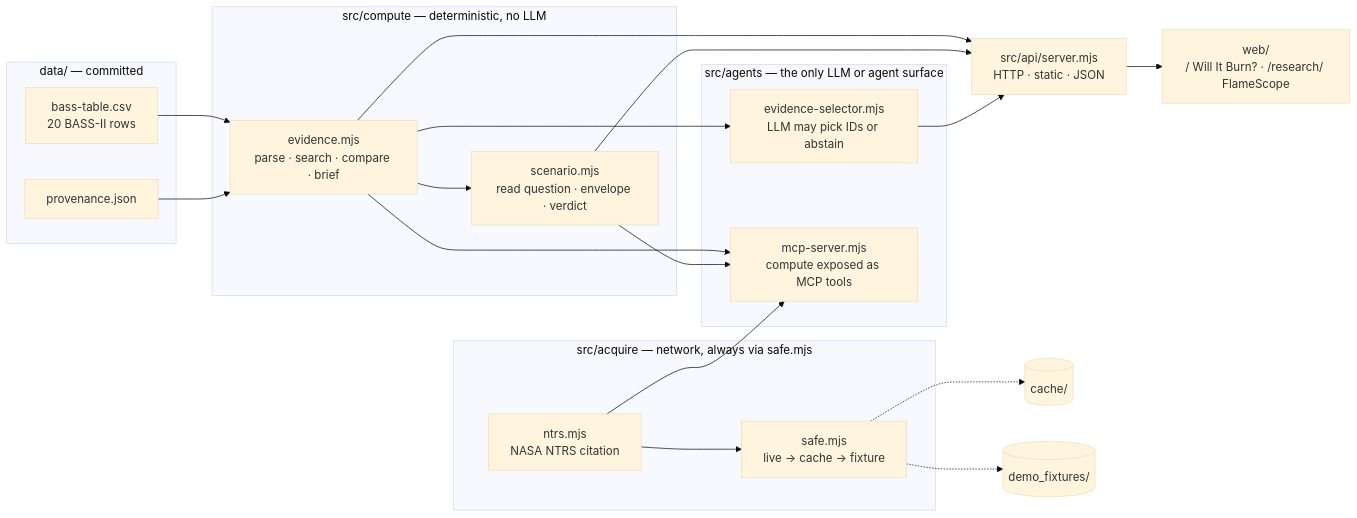
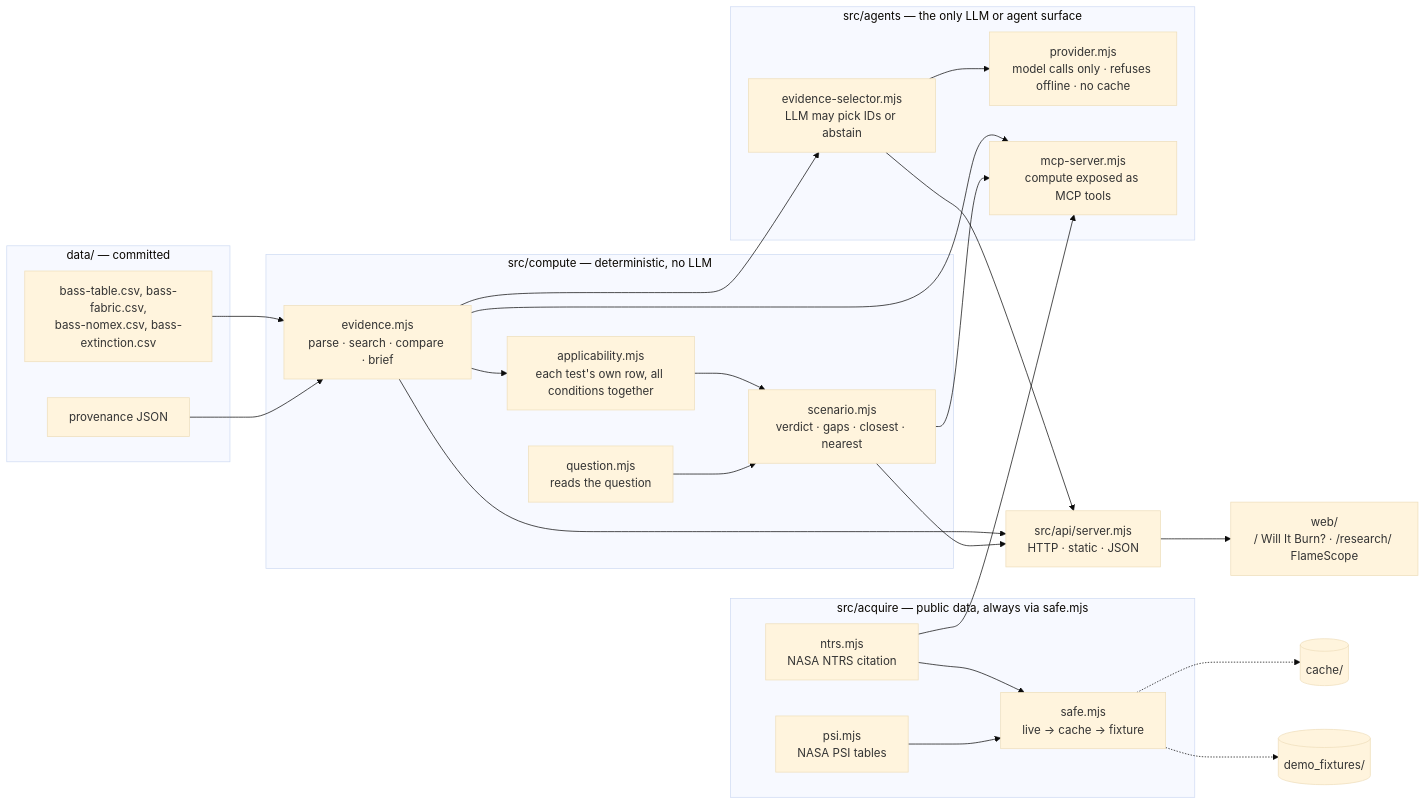
Before and after one commit to ShuvroShimuL/FlameScope: the diagram in docs/planning/architecture.md, drawn with Mermaid (base theme). The commit also changed other lines of this file and 41 other files, not shown here.

````diff
--- a/docs/planning/architecture.md
+++ b/docs/planning/architecture.md
@@ -5,35 +5,42 @@
 ```mermaid
 flowchart LR
-  subgraph acquire["src/acquire — network, always via safe.mjs"]
+  subgraph acquire["src/acquire — public data, always via safe.mjs"]
     SAFE["safe.mjs<br/>live → cache → fixture"]
     NTRS["ntrs.mjs<br/>NASA NTRS citation"]
+    PSI["psi.mjs<br/>NASA PSI tables"]
   end
   subgraph data["data/ — committed"]
-    CSV["bass-table.csv<br/>20 BASS-II rows"]
-    PROV["provenance.json"]
+    CSV["bass-table.csv, bass-fabric.csv,<br/>bass-nomex.csv, bass-extinction.csv"]
+    PROV["provenance JSON"]
   end
   subgraph compute["src/compute — deterministic, no LLM"]
     EV["evidence.mjs<br/>parse · search · compare · brief"]
-    SC["scenario.mjs<br/>read question · envelope · verdict"]
+    Q["question.mjs<br/>reads the question"]
+    APL["applicability.mjs<br/>each test's own row, all conditions together"]
+    SC["scenario.mjs<br/>verdict · gaps · closest · nearest"]
   end
   subgraph agents["src/agents — the only LLM or agent surface"]
     SEL["evidence-selector.mjs<br/>LLM may pick IDs or abstain"]
+    PRV["provider.mjs<br/>model calls only · refuses offline · no cache"]
     MCP["mcp-server.mjs<br/>compute exposed as MCP tools"]
   end
   API["src/api/server.mjs<br/>HTTP · static · JSON"]
   WEB["web/<br/>/ Will It Burn? · /research/ FlameScope"]
 
   NTRS --> SAFE
+  PSI --> SAFE
   SAFE -.-> CACHE[(cache/)]
   SAFE -.-> FIX[(demo_fixtures/)]
-  CSV --> EV --> SC
+  CSV --> EV --> APL --> SC
+  Q --> SC
   PROV --> EV
   EV --> API
   SC --> API
   SEL --> API
+  SEL --> PRV
   EV --> SEL
   EV --> MCP
   SC --> MCP
   NTRS --> MCP
   API --> WEB
 ```
````
